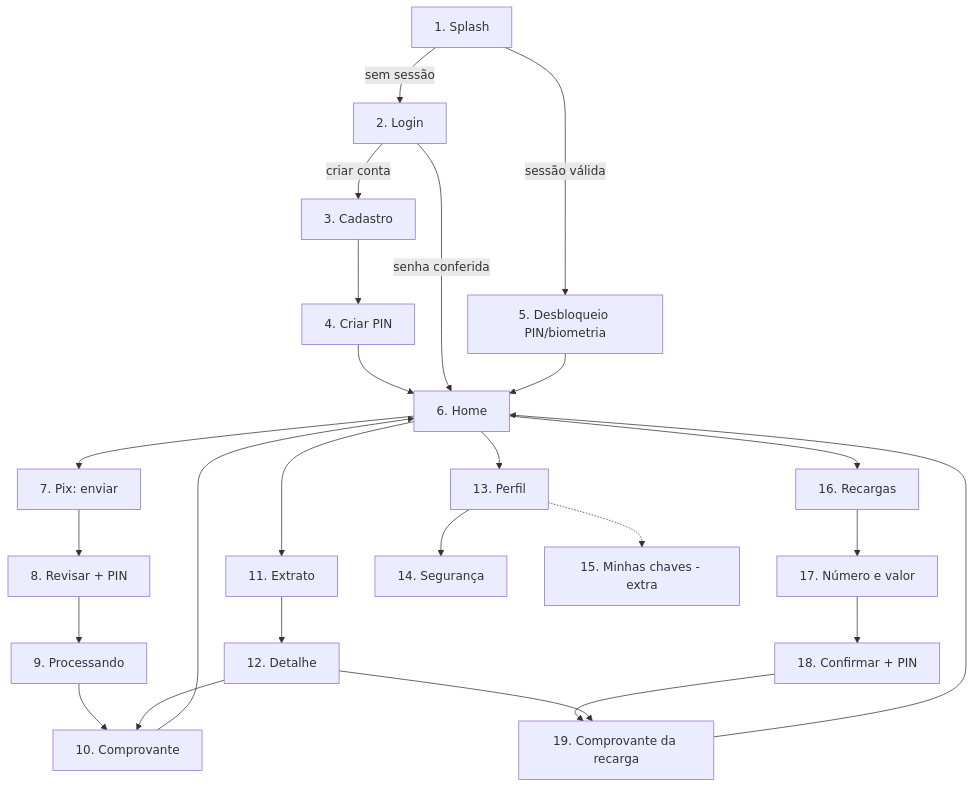
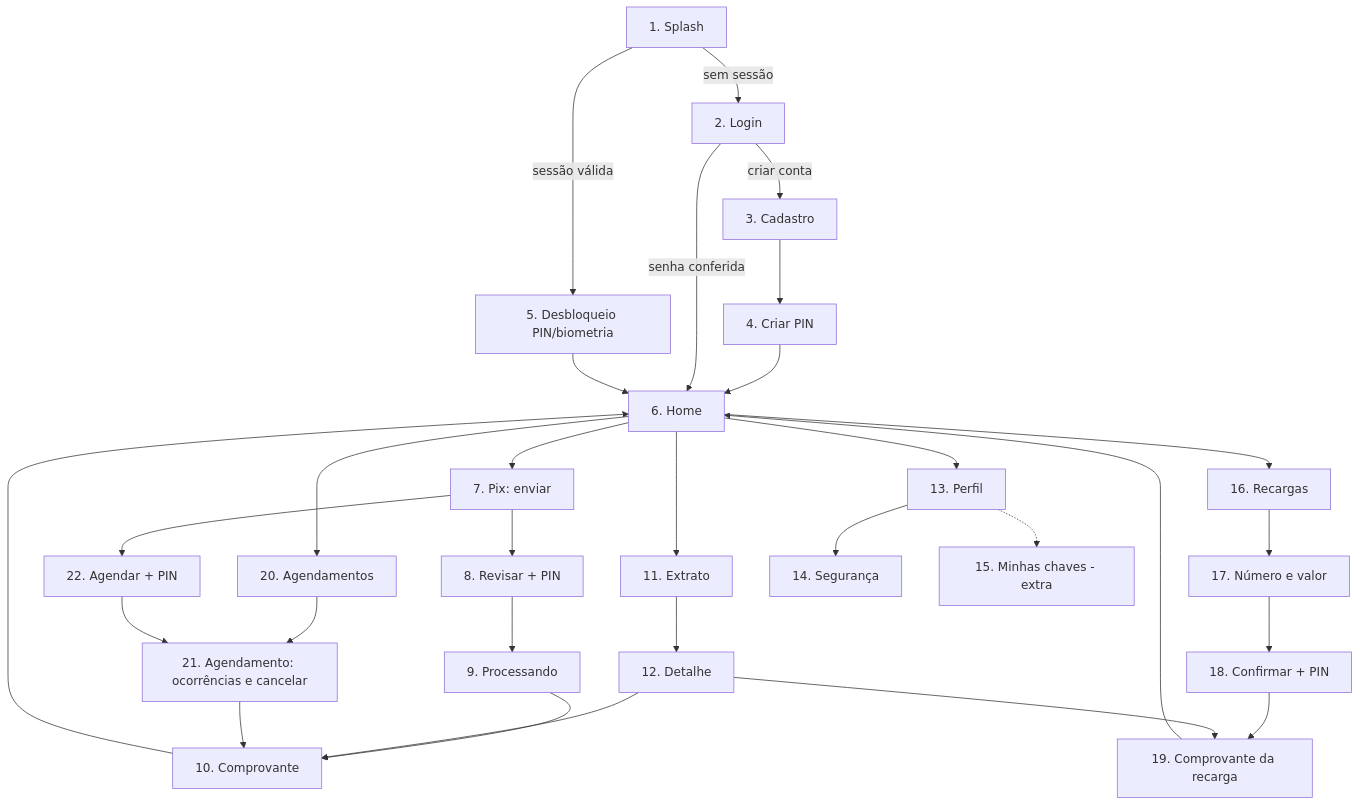
The third of 3 diagrams in docs/architecture/domain-model.md (renatomf/next-bank), drawn with Mermaid before and after one commit. The commit also changed other lines of this file and 3 other files, not shown here.

````diff
--- a/docs/architecture/domain-model.md
+++ b/docs/architecture/domain-model.md
@@ -321,31 +340,37 @@
 ```mermaid
 flowchart TD
     S[1. Splash] -->|sem sessão| L[2. Login]
     S -->|sessão válida| U[5. Desbloqueio PIN/biometria]
     L -->|criar conta| C[3. Cadastro]
     C --> P[4. Criar PIN]
     P --> H[6. Home]
     L -->|senha conferida| H
     U --> H
 
     H --> PX[7. Pix: enviar]
     PX --> RV[8. Revisar + PIN]
     RV --> PR[9. Processando]
     PR --> CP[10. Comprovante]
     CP --> H
 
     H --> EX[11. Extrato]
     EX --> DT[12. Detalhe]
     DT --> CP
 
     H --> RC[16. Recargas]
     RC --> RV2[17. Número e valor]
     RV2 --> RP[18. Confirmar + PIN]
     RP --> RCP[19. Comprovante da recarga]
     RCP --> H
     DT --> RCP
 
+    H --> AG[20. Agendamentos]
+    AG --> AD[21. Agendamento: ocorrências e cancelar]
+    AD --> CP
+    PX --> NA[22. Agendar + PIN]
+    NA --> AD
+
     H --> PF[13. Perfil]
     PF --> SG[14. Segurança]
     PF -.-> MK[15. Minhas chaves - extra]
 ```
````
